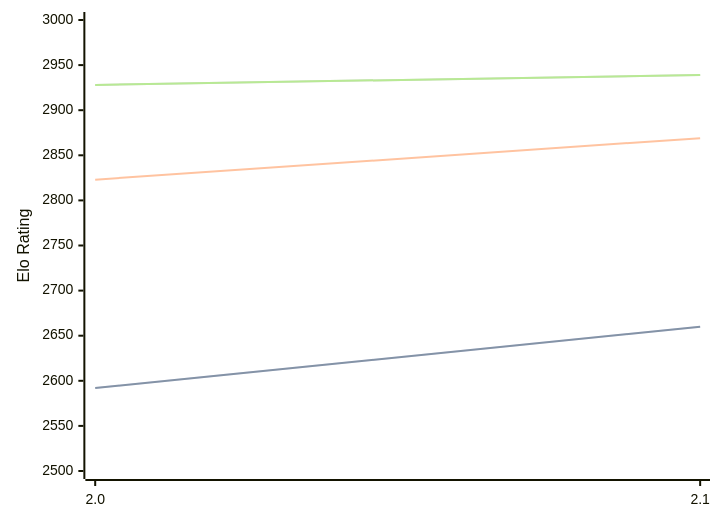
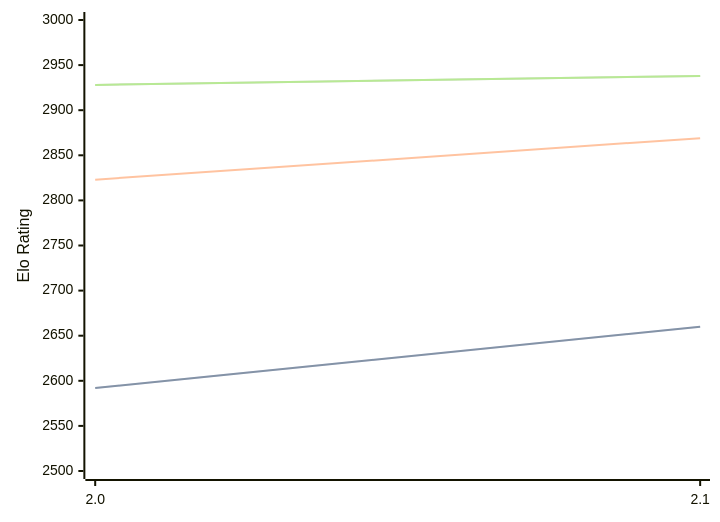
Before and after one commit to computer-chess-index/cci: the diagram in engines/Noggin.md, drawn with Mermaid. The commit also changed other lines of this file, not shown here.

Commit message:
Update CCI Ratings (ELO VLTC) - 2026-08-19

````diff
--- a/engines/Noggin.md
+++ b/engines/Noggin.md
@@ -33,11 +33,11 @@
 ```mermaid
 %%{init: {"theme":"base","themeVariables":{"seriesColors:['#a3a3a3','#222221','#faa371']}}}%%
 xychart-beta
   x-axis ["2.0", "2.1"]
   y-axis "Elo Rating" 2500 --> 3000
   line "STC (8.0+0.08s)" [2592, 2660]
   line "STC (8.0+0.08s)" [2592, 2660]
   line "LTC (60.0+0.60s)" [2823, 2869]
-  line "VLTC (2m24s+1.12s)" [2928, 2939]
-  line "VLTC (2m24s+1.12s)" [2928, 2939]
+  line "VLTC (2m24s+1.12s)" [2928, 2938]
+  line "VLTC (2m24s+1.12s)" [2928, 2938]
 ```
````
